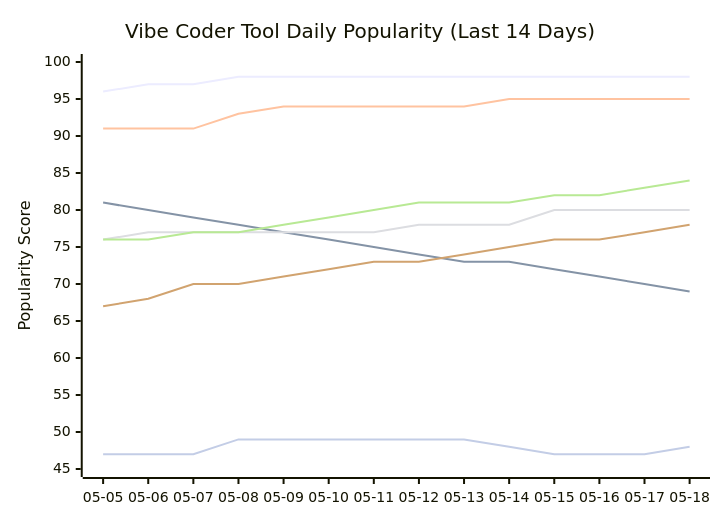
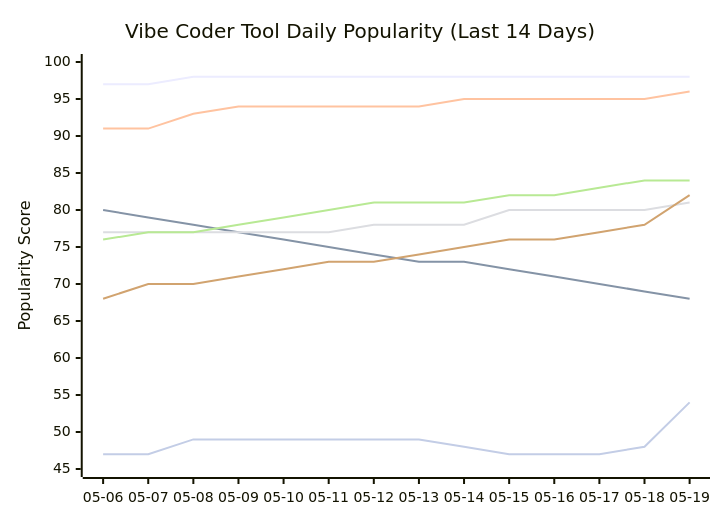
The seventh of 11 diagrams in README.md (tykimos/ai-whatchelin), drawn with Mermaid before and after one commit. The commit also changed other lines of this file and 4 other files, not shown here.

````diff
--- a/README.md
+++ b/README.md
@@ -838,13 +844,13 @@
 ```mermaid
 xychart-beta
     title "Vibe Coder Tool Daily Popularity (Last 14 Days)"
-    x-axis ["05-05", "05-06", "05-07", "05-08", "05-09", "05-10", "05-11", "05-12", "05-13", "05-14", "05-15", "05-16", "05-17", "05-18"]
+    x-axis ["05-06", "05-07", "05-08", "05-09", "05-10", "05-11", "05-12", "05-13", "05-14", "05-15", "05-16", "05-17", "05-18", "05-19"]
     y-axis "Popularity Score" 45 --> 100
-    line "Claude Code" [96, 97, 97, 98, 98, 98, 98, 98, 98, 98, 98, 98, 98, 98]
-    line "GH Copilot" [81, 80, 79, 78, 77, 76, 75, 74, 73, 73, 72, 71, 70, 69]
-    line "Cursor" [91, 91, 91, 93, 94, 94, 94, 94, 94, 95, 95, 95, 95, 95]
-    line "Windsurf" [76, 77, 77, 77, 77, 77, 77, 78, 78, 78, 80, 80, 80, 80]
-    line "Codex CLI" [76, 76, 77, 77, 78, 79, 80, 81, 81, 81, 82, 82, 83, 84]
-    line "Gemini CLI" [67, 68, 70, 70, 71, 72, 73, 73, 74, 75, 76, 76, 77, 78]
-    line "Antigravity" [47, 47, 47, 49, 49, 49, 49, 49, 49, 48, 47, 47, 47, 48]
+    line "Claude Code" [97, 97, 98, 98, 98, 98, 98, 98, 98, 98, 98, 98, 98, 98]
+    line "GH Copilot" [80, 79, 78, 77, 76, 75, 74, 73, 73, 72, 71, 70, 69, 68]
+    line "Cursor" [91, 91, 93, 94, 94, 94, 94, 94, 95, 95, 95, 95, 95, 96]
+    line "Windsurf" [77, 77, 77, 77, 77, 77, 78, 78, 78, 80, 80, 80, 80, 81]
+    line "Codex CLI" [76, 77, 77, 78, 79, 80, 81, 81, 81, 82, 82, 83, 84, 84]
+    line "Gemini CLI" [68, 70, 70, 71, 72, 73, 73, 74, 75, 76, 76, 77, 78, 82]
+    line "Antigravity" [47, 47, 49, 49, 49, 49, 49, 49, 48, 47, 47, 47, 48, 54]
 ```
````
